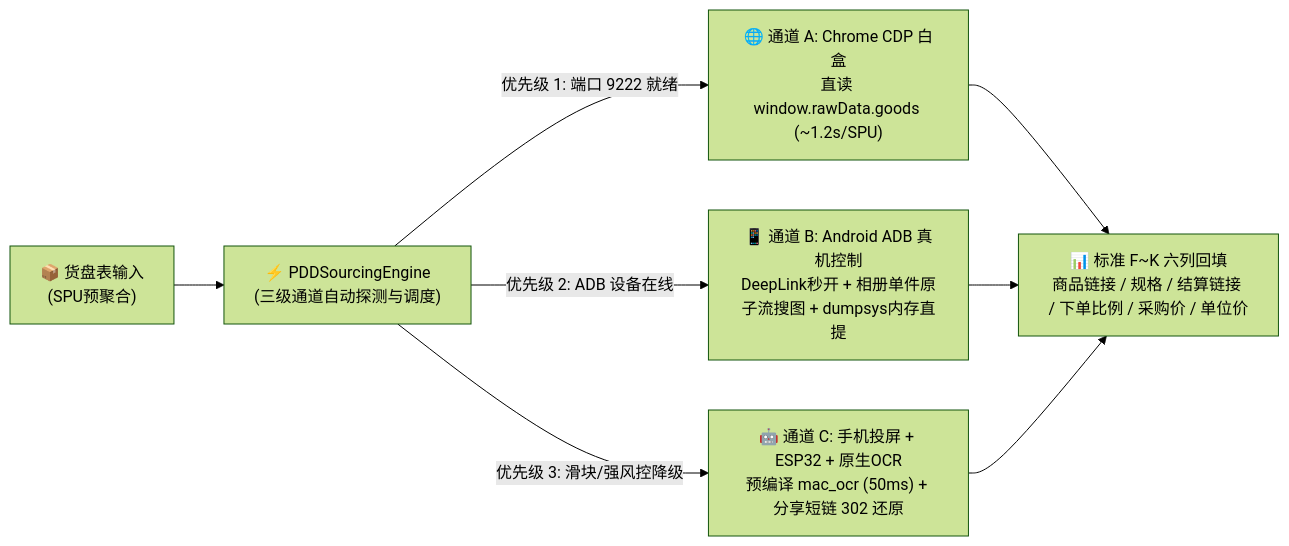
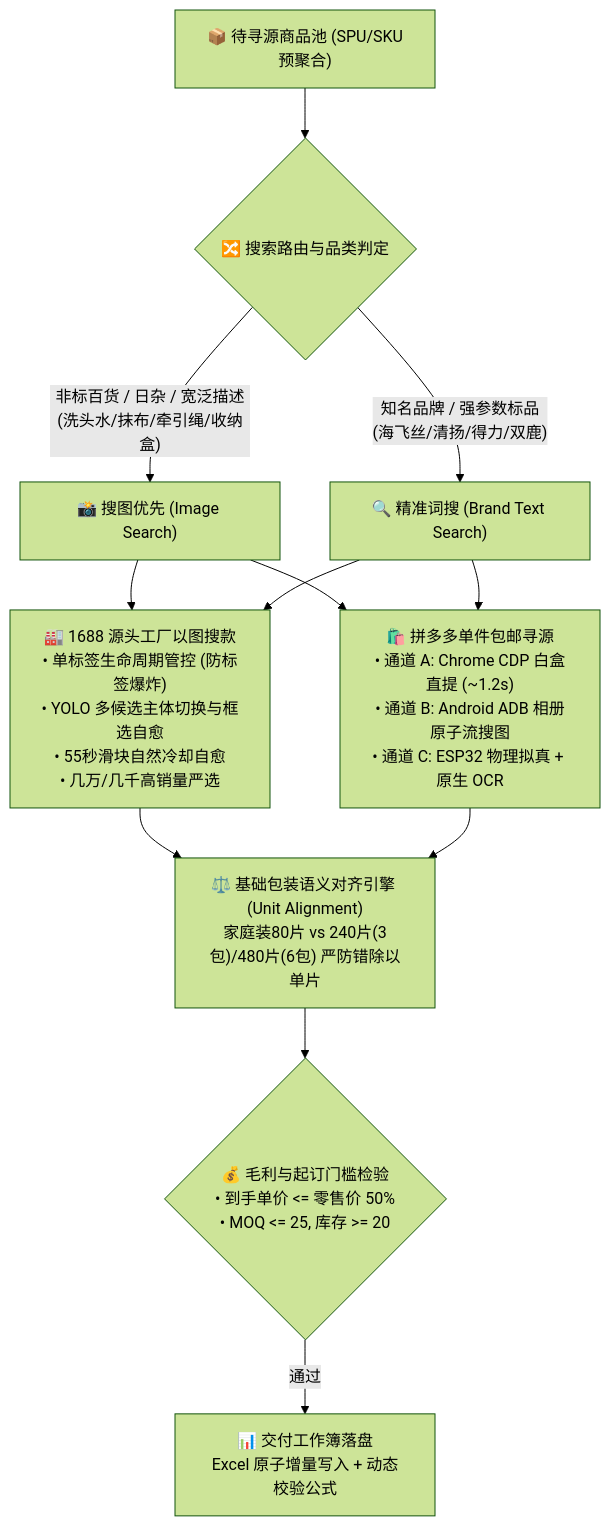
The diagram in README.md (cycjianai/pddauto), drawn with Mermaid (forest theme) before and after one commit. The commit also changed other lines of this file and 15 other files, not shown here.

Commit message:
feat(sourcing): add 1688 visual sourcing, unit alignment, and anti-risk self-healing v2.0.0

````diff
--- a/README.md
+++ b/README.md
@@ -12,12 +12,20 @@
 ```mermaid
-flowchart LR
-    Input["📦 货盘表输入<br>(SPU预聚合)"] --> Engine["⚡ PDDSourcingEngine<br>(三级通道自动探测与调度)"]
+flowchart TD
+    Input["📦 待寻源商品池 (SPU/SKU预聚合)"] --> Router{"🔀 搜索路由与品类判定"}
 
-    Engine -->|"优先级 1: 端口 9222 就绪"| ModeA["🌐 通道 A: Chrome CDP 白盒<br>直读 window.rawData.goods (~1.2s/SPU)"]
-    Engine -->|"优先级 2: ADB 设备在线"| ModeB["📱 通道 B: Android ADB 真机控制<br>DeepLink秒开 + 相册单件原子流搜图 + dumpsys内存直提"]
-    Engine -->|"优先级 3: 滑块/强风控降级"| ModeC["🤖 通道 C: 手机投屏 + ESP32 + 原生OCR<br>预编译 mac_ocr (50ms) + 分享短链 302 还原"]
+    Router -->|"非标百货 / 日杂 / 宽泛描述<br/>(洗头水/抹布/牵引绳/收纳盒)"| VisualSearch["📸 搜图优先 (Image Search)"]
+    Router -->|"知名品牌 / 强参数标品<br/>(海飞丝/清扬/得力/双鹿)"| TextSearch["🔍 精准词搜 (Brand Text Search)"]
 
-    ModeA --> Output["📊 标准 F~K 六列回填<br>商品链接 / 规格 / 结算链接 / 下单比例 / 采购价 / 单位价"]
-    ModeB --> Output
-    ModeC --> Output
+    VisualSearch --> Channel1688["🏭 1688 源头工厂以图搜款<br>• 单标签生命周期管控 (防标签爆炸)<br>• YOLO 多候选主体切换与框选自愈<br>• 55秒滑块自然冷却自愈<br>• 几万/几千高销量严选"]
+    VisualSearch --> ChannelPDD["🛍️ 拼多多单件包邮寻源<br>• 通道 A: Chrome CDP 白盒直提 (~1.2s)<br>• 通道 B: Android ADB 相册原子流搜图<br>• 通道 C: ESP32 物理拟真 + 原生 OCR"]
+
+    TextSearch --> Channel1688
+    TextSearch --> ChannelPDD
+
+    Channel1688 --> UnitEngine["⚖️ 基础包装语义对齐引擎 (Unit Alignment)<br>家庭装80片 vs 240片(3包)/480片(6包) 严防错除以单片"]
+    ChannelPDD --> UnitEngine
+
+    UnitEngine --> ProfitGate{"💰 毛利与起订门槛检验<br>• 到手单价 <= 零售价 50%<br>• MOQ <= 25, 库存 >= 20"}
+
+    ProfitGate -->|"通过"| Output["📊 交付工作簿落盘<br>Excel 原子增量写入 + 动态校验公式"]
 ```
````
